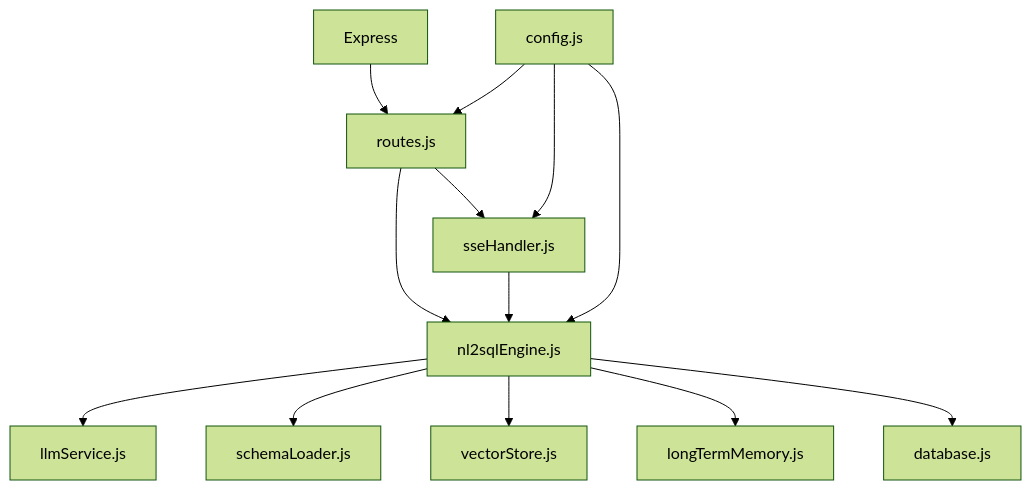
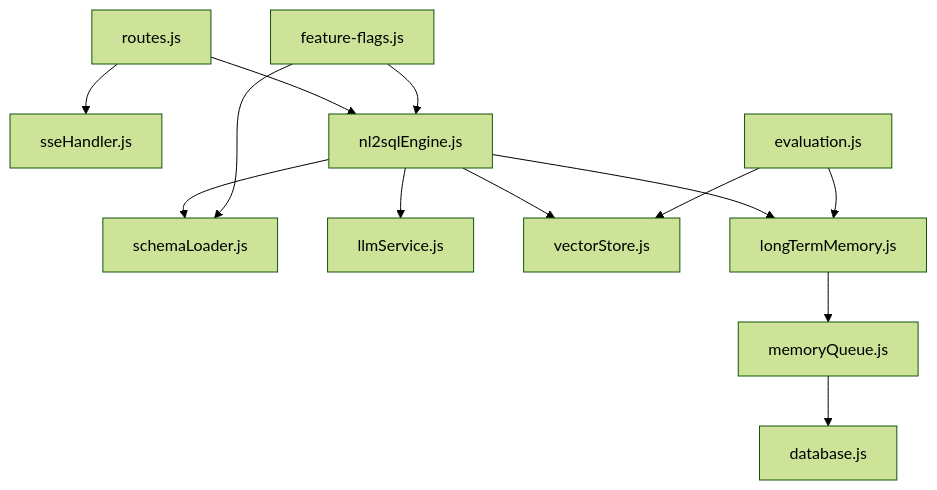
One commit to HanHuiOnLine/724-office changed the eighth of 8 diagrams in NL2SQL/.qoder/repowiki/zh/content/系统架构/数据流设计.md. Above: the diagram before and after it, drawn with Mermaid (forest theme). The commit also changed other lines of this file and 170 other files, not shown here.

````diff
--- a/NL2SQL/.qoder/repowiki/zh/content/系统架构/数据流设计.md
+++ b/NL2SQL/.qoder/repowiki/zh/content/系统架构/数据流设计.md
@@ -324,15 +330,15 @@
 ```mermaid
 graph TB
-Express["Express"] --> Routes["routes.js"]
-Routes --> SSE["sseHandler.js"]
-Routes --> Engine["nl2sqlEngine.js"]
-Engine --> LLM["llmService.js"]
-Engine --> Schema["schemaLoader.js"]
-Engine --> Vector["vectorStore.js"]
-Engine --> LTM["longTermMemory.js"]
-Engine --> DB["database.js"]
-SSE --> Engine
-Config["config.js"] --> Engine
-Config --> SSE
-Config --> Routes
+Routes["routes.js"] --> SSE["sseHandler.js"]
+Routes --> NLENG["nl2sqlEngine.js"]
+NLENG --> SCHEMA["schemaLoader.js"]
+NLENG --> LLM["llmService.js"]
+NLENG --> VEC["vectorStore.js"]
+NLENG --> MEM["longTermMemory.js"]
+MEM --> MQ["memoryQueue.js"]
+MQ --> DB["database.js"]
+EVAL["evaluation.js"] --> VEC
+EVAL --> MEM
+FLAGS["feature-flags.js"] --> NLENG
+FLAGS --> SCHEMA
 ```
````
